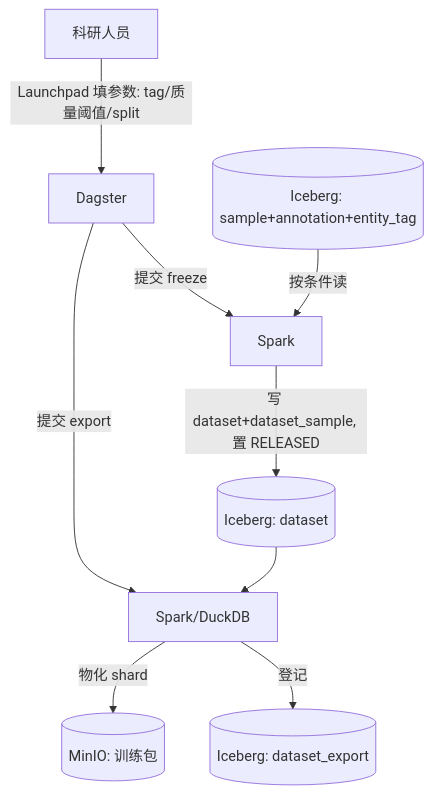
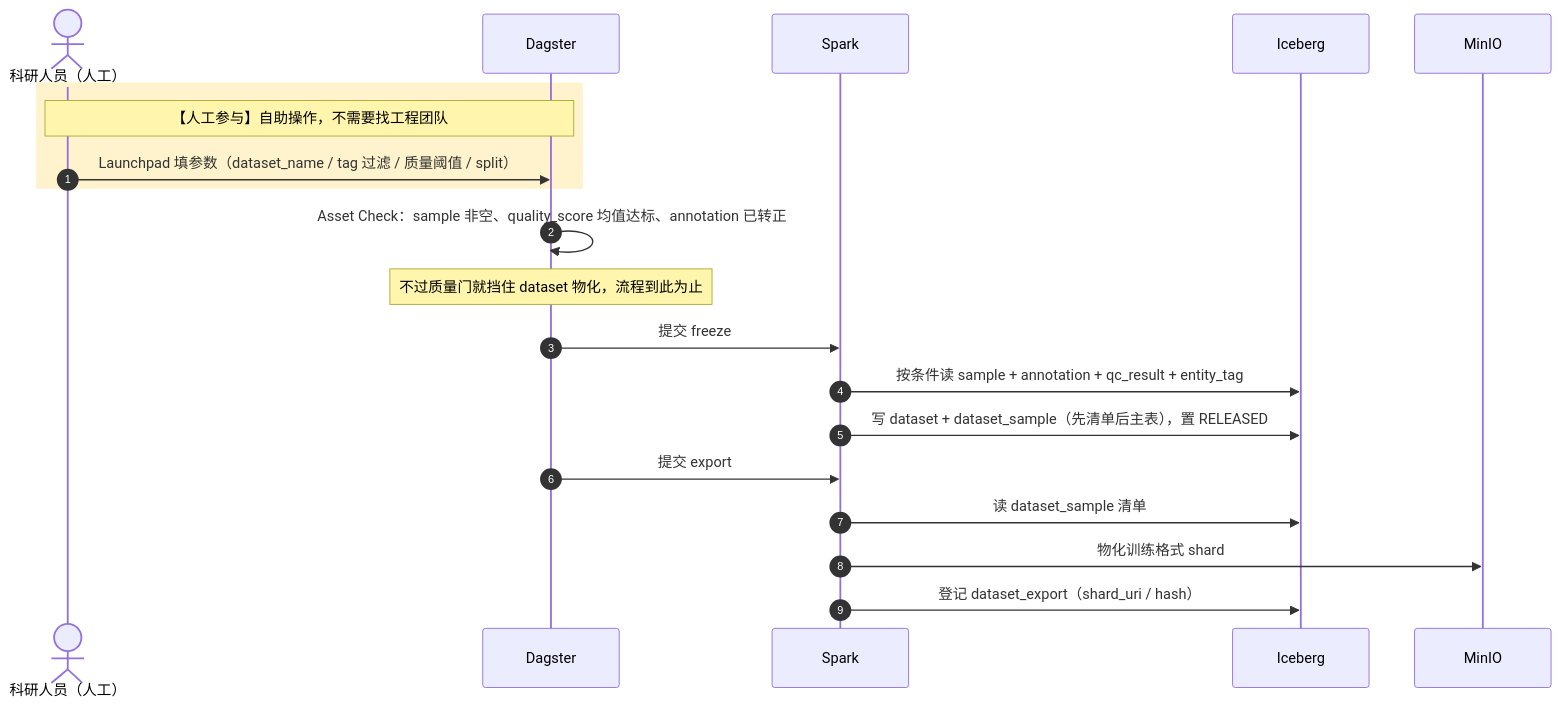
One commit to hxndg/edp changed the fourth of 6 diagrams in README.md. Above: the diagram before and after it, drawn with Mermaid. The commit also changed other lines of this file and 30 other files, not shown here.

````diff
--- a/README.md
+++ b/README.md
@@ -347,11 +609,24 @@
 ```mermaid
-flowchart TD
-    U[科研人员] -->|Launchpad 填参数: tag/质量阈值/split| DAG[Dagster]
-    DAG -->|提交 freeze| SPARK1[Spark]
-    SAMPLE[(Iceberg: sample+annotation+entity_tag)] -->|按条件读| SPARK1
-    SPARK1 -->|写 dataset+dataset_sample, 置 RELEASED| DS[(Iceberg: dataset)]
-    DAG -->|提交 export| SPARK2[Spark/DuckDB]
-    DS --> SPARK2
-    SPARK2 -->|物化 shard| OSSE[(MinIO: 训练包)]
-    SPARK2 -->|登记| DS2[(Iceberg: dataset_export)]
+sequenceDiagram
+    autonumber
+    actor U as 科研人员（人工）
+    participant DG as Dagster
+    participant SPK as Spark
+    participant ICE as Iceberg
+    participant MINIO as MinIO
+
+    rect rgb(255, 243, 205)
+        Note over U,DG: 【人工参与】自助操作，不需要找工程团队
+        U->>DG: Launchpad 填参数（dataset_name / tag 过滤 / 质量阈值 / split）
+    end
+
+    DG->>DG: Asset Check：sample 非空、quality_score 均值达标、annotation 已转正
+    Note over DG: 不过质量门就挡住 dataset 物化，流程到此为止
+    DG->>SPK: 提交 freeze
+    SPK->>ICE: 按条件读 sample + annotation + qc_result + entity_tag
+    SPK->>ICE: 写 dataset + dataset_sample（先清单后主表），置 RELEASED
+    DG->>SPK: 提交 export
+    SPK->>ICE: 读 dataset_sample 清单
+    SPK->>MINIO: 物化训练格式 shard
+    SPK->>ICE: 登记 dataset_export（shard_uri / hash）
 ```
````
